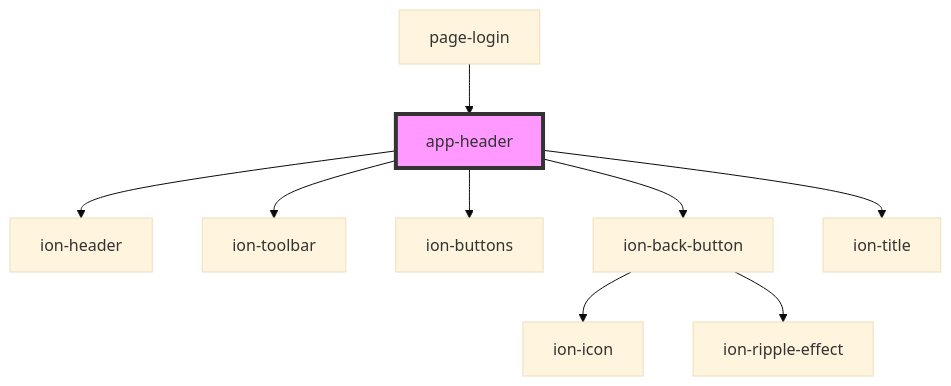
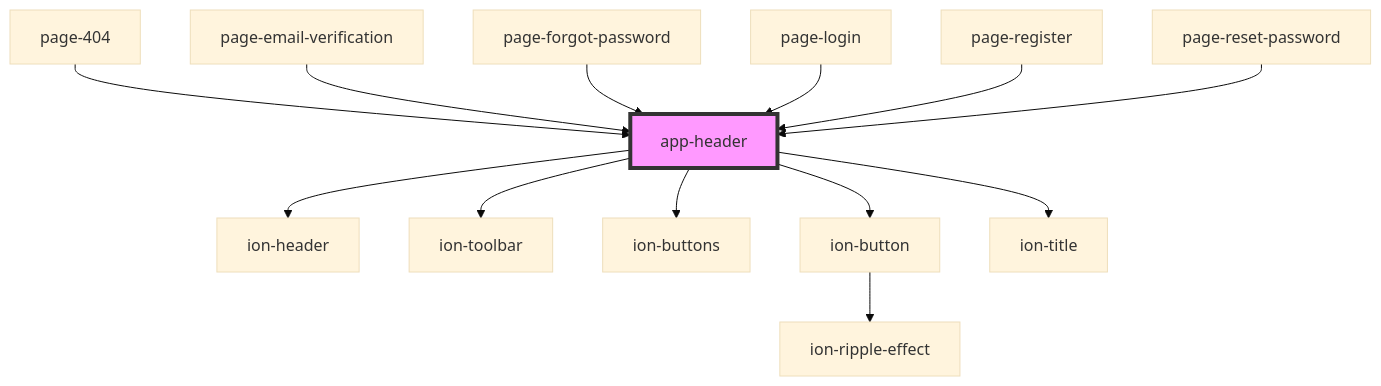
One commit to beck24/laravel8-stencil changed the diagram in stencil/docs/components/app-header/readme.md. Above: the diagram before and after it, drawn with Mermaid (base theme). The commit also changed other lines of this file and 15 other files, not shown here.

````diff
--- a/stencil/docs/components/app-header/readme.md
+++ b/stencil/docs/components/app-header/readme.md
@@ -23,12 +28,16 @@
 ```mermaid
 graph TD;
   app-header --> ion-header
   app-header --> ion-toolbar
   app-header --> ion-buttons
-  app-header --> ion-back-button
+  app-header --> ion-button
   app-header --> ion-title
-  ion-back-button --> ion-icon
-  ion-back-button --> ion-ripple-effect
+  ion-button --> ion-ripple-effect
+  page-404 --> app-header
+  page-email-verification --> app-header
+  page-forgot-password --> app-header
   page-login --> app-header
+  page-register --> app-header
+  page-reset-password --> app-header
   style app-header fill:#f9f,stroke:#333,stroke-width:4px
 ```
````
